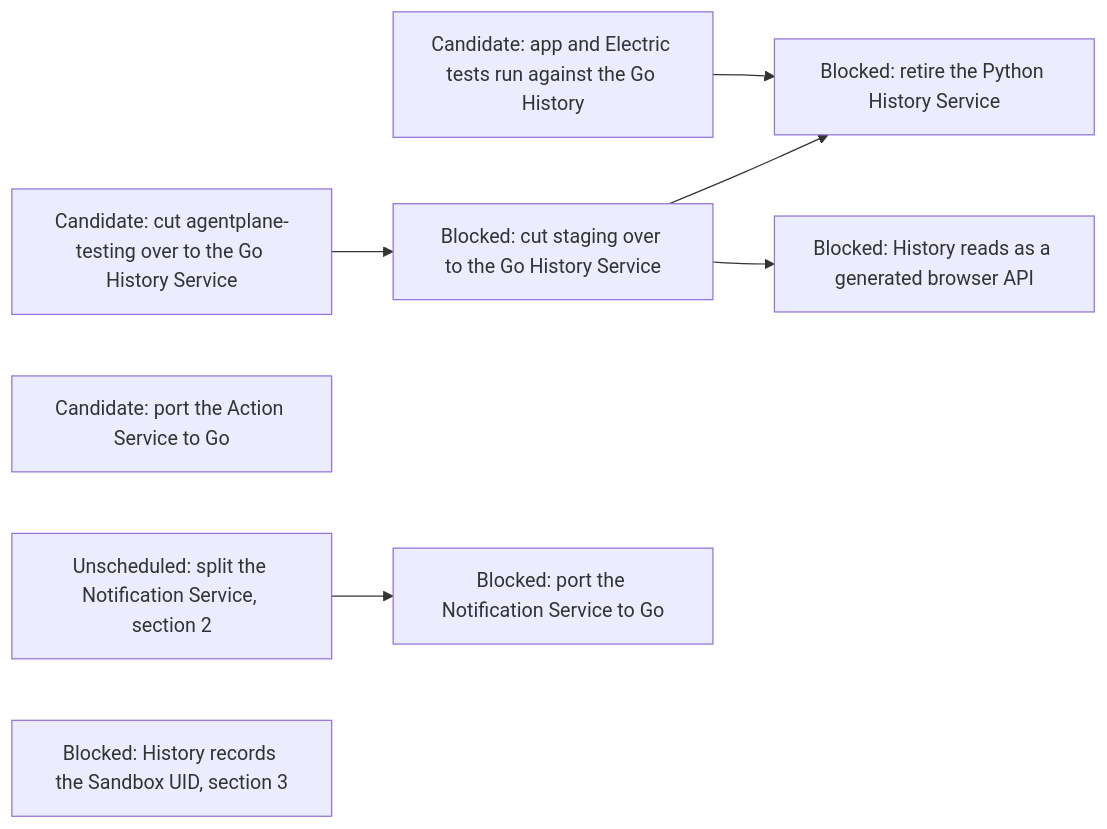
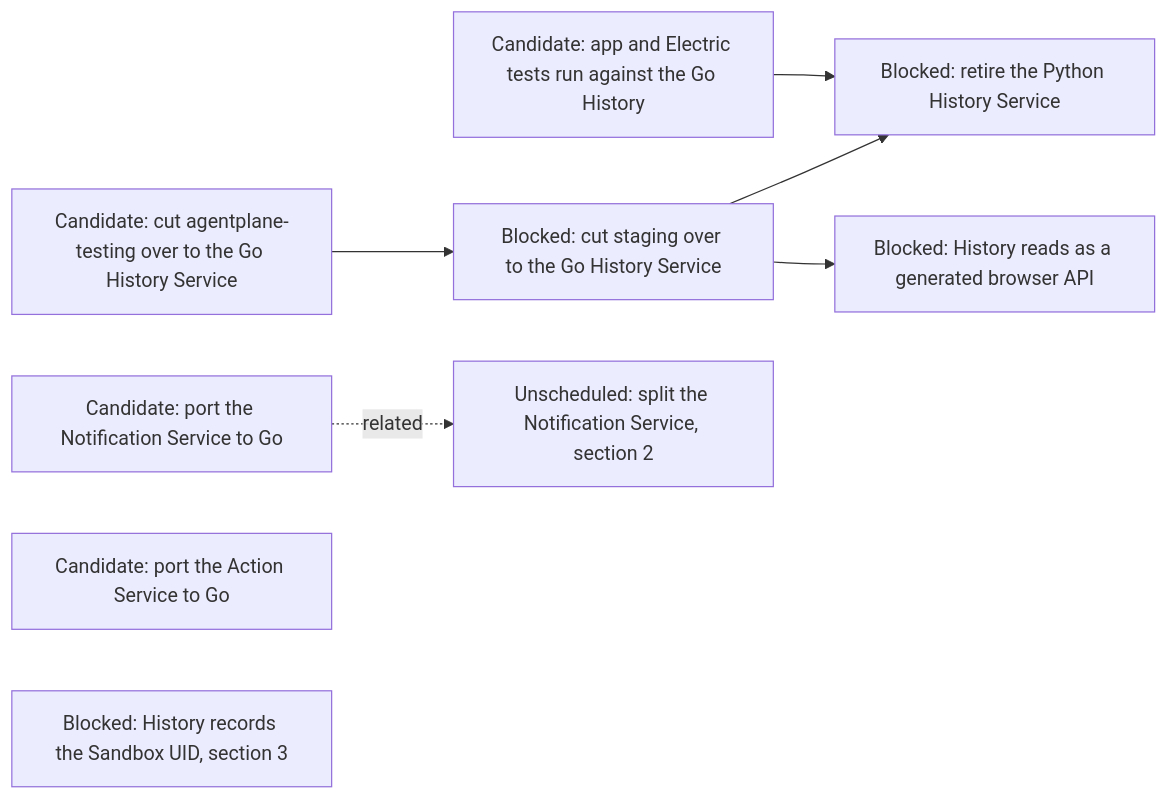
Diagram 17 of 17 in agentplane/plans/task_dag.md (agentydragon-agent/ducktape), drawn with Mermaid before and after one commit. The commit also changed other lines of this file, not shown here.

First line of the commit message:
agentplane: the Notification Service port no longer waits for a split (#11222)

````diff
--- a/agentplane/plans/task_dag.md
+++ b/agentplane/plans/task_dag.md
@@ -1948,17 +1949,17 @@
 ```mermaid
 flowchart LR
     HISTORY_TEST_BACKEND_ON_GO[Candidate: app and Electric tests run against the Go History]
     HISTORY_GO_TESTING_CUTOVER[Candidate: cut agentplane-testing over to the Go History Service]
     HISTORY_GO_STAGING_CUTOVER[Blocked: cut staging over to the Go History Service]
     HISTORY_PYTHON_RETIREMENT[Blocked: retire the Python History Service]
     HISTORY_READS_FACADE[Blocked: History reads as a generated browser API]
-    NOTIFICATION_SERVICE_GO_PORT[Blocked: port the Notification Service to Go]
+    NOTIFICATION_SERVICE_GO_PORT[Candidate: port the Notification Service to Go]
     ACTION_SERVICE_GO_PORT[Candidate: port the Action Service to Go]
     NOTIFICATION_SERVICE_SPLIT[Unscheduled: split the Notification Service, section 2]
     HISTORY_SANDBOX_UID[Blocked: History records the Sandbox UID, section 3]
     HISTORY_GO_TESTING_CUTOVER --> HISTORY_GO_STAGING_CUTOVER
     HISTORY_GO_STAGING_CUTOVER --> HISTORY_PYTHON_RETIREMENT
     HISTORY_TEST_BACKEND_ON_GO --> HISTORY_PYTHON_RETIREMENT
     HISTORY_GO_STAGING_CUTOVER --> HISTORY_READS_FACADE
-    NOTIFICATION_SERVICE_SPLIT --> NOTIFICATION_SERVICE_GO_PORT
+    NOTIFICATION_SERVICE_GO_PORT -. related .-> NOTIFICATION_SERVICE_SPLIT
 ```
````
